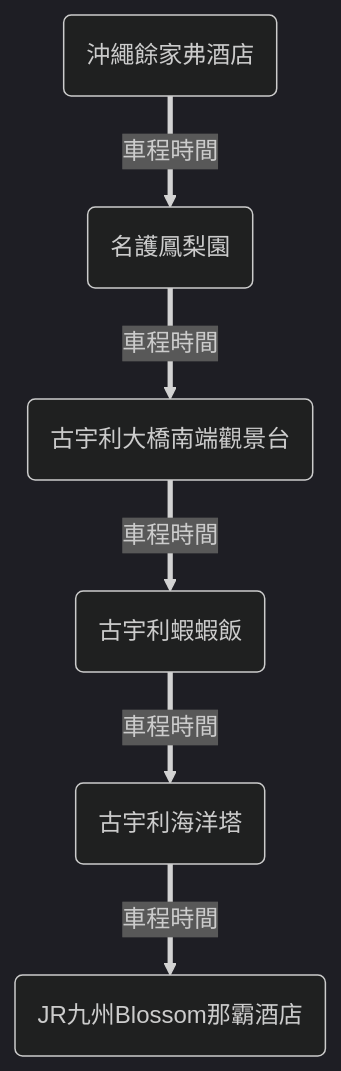
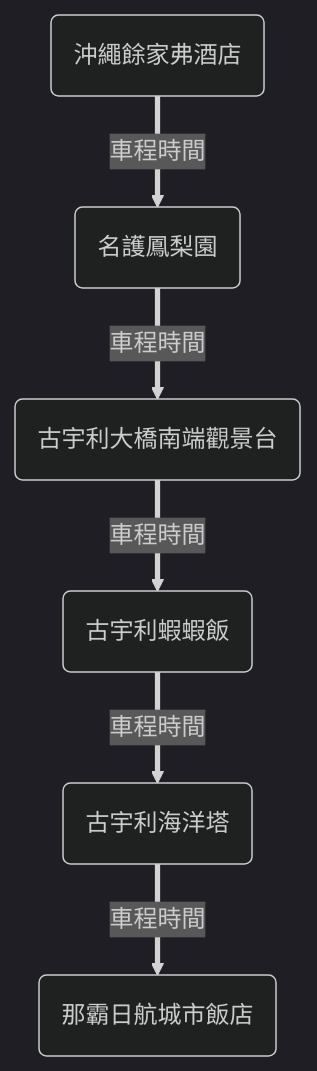
The fourth of 6 diagrams in docs/blog/posts/okinawa/okinawa-2024-12/okinawa-2024-12.md (wilder640/trip), drawn with Mermaid (dark theme) before and after one commit. The commit also changed other lines of this file and 1 other file, not shown here.

````diff
--- a/docs/blog/posts/okinawa/okinawa-2024-12/okinawa-2024-12.md
+++ b/docs/blog/posts/okinawa/okinawa-2024-12/okinawa-2024-12.md
@@ -391,11 +392,11 @@
 ``` mermaid
 graph TD
 A == 車程時間 ==> B == 車程時間 ==> C  == 車程時間 ==> D == 車程時間 ==> E == 車程時間 ==> F
 
     A(沖繩餘家弗酒店)
     B(名護鳳梨園)
     C(古宇利大橋南端觀景台)
     D(古宇利蝦蝦飯)
     E(古宇利海洋塔)
-    F(JR九州Blossom那霸酒店)
+    F(那霸日航城市飯店)
 ```
````
